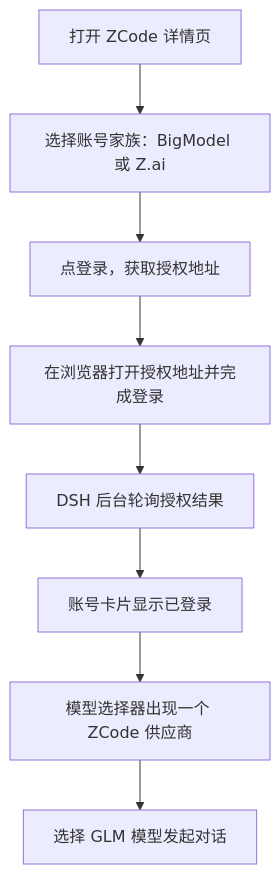
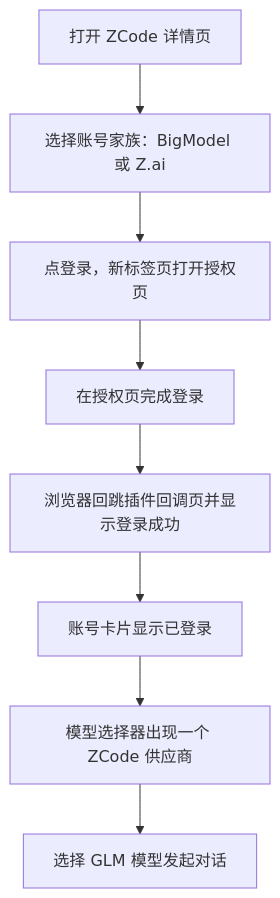
Before and after one commit to FNOSP/fnos-dsh: the diagram in docs/plugins/dsh-zcode.md, drawn with Mermaid. The commit also changed other lines of this file and 7 other files, not shown here.

````diff
--- a/docs/plugins/dsh-zcode.md
+++ b/docs/plugins/dsh-zcode.md
@@ -37,10 +33,10 @@
 ```mermaid
 flowchart TD
   A[打开 ZCode 详情页] --> B[选择账号家族：BigModel 或 Z.ai]
-  B --> C[点登录，获取授权地址]
-  C --> D[在浏览器打开授权地址并完成登录]
-  D --> E[DSH 后台轮询授权结果]
+  B --> C[点登录，新标签页打开授权页]
+  C --> D[在授权页完成登录]
+  D --> E[浏览器回跳插件回调页并显示登录成功]
   E --> F[账号卡片显示已登录]
   F --> G[模型选择器出现一个 ZCode 供应商]
   G --> H[选择 GLM 模型发起对话]
 ```
````
